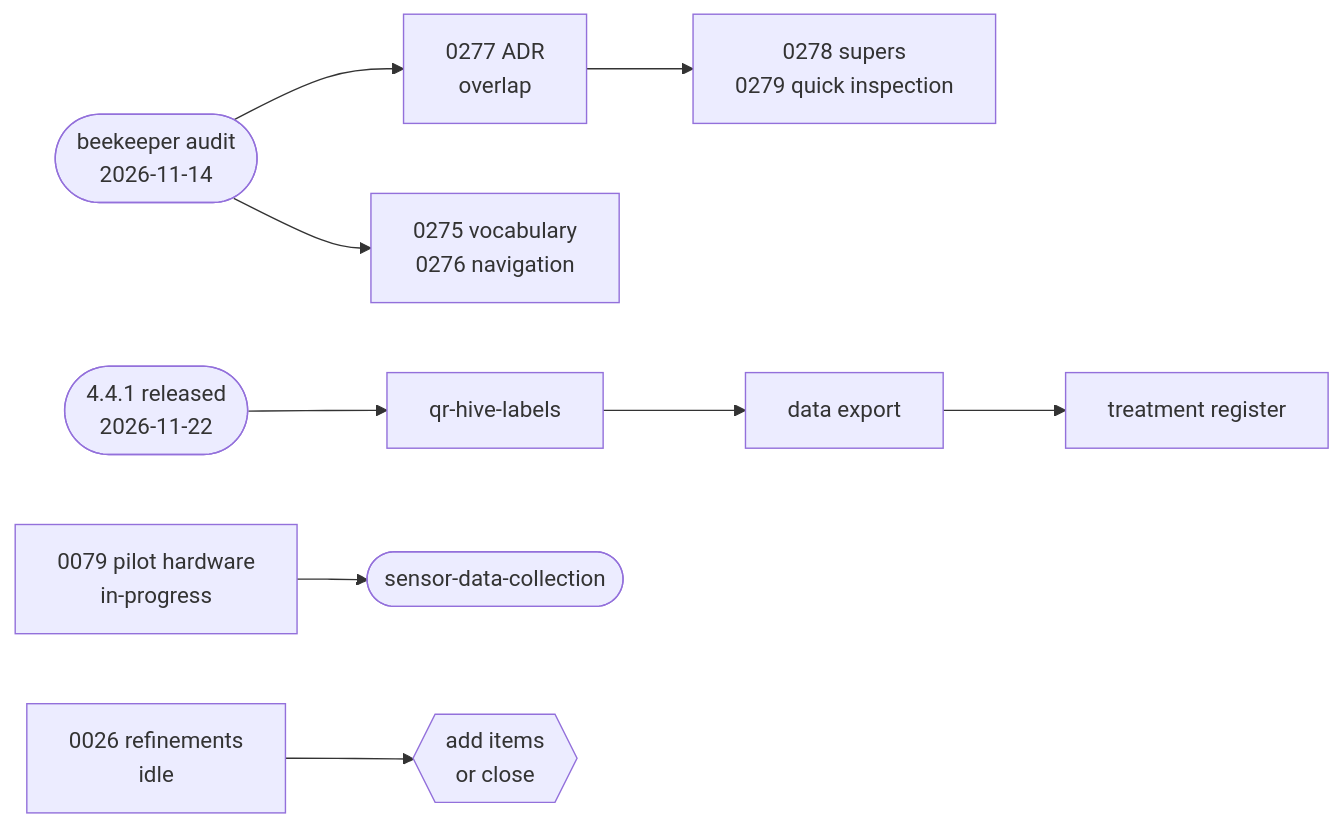
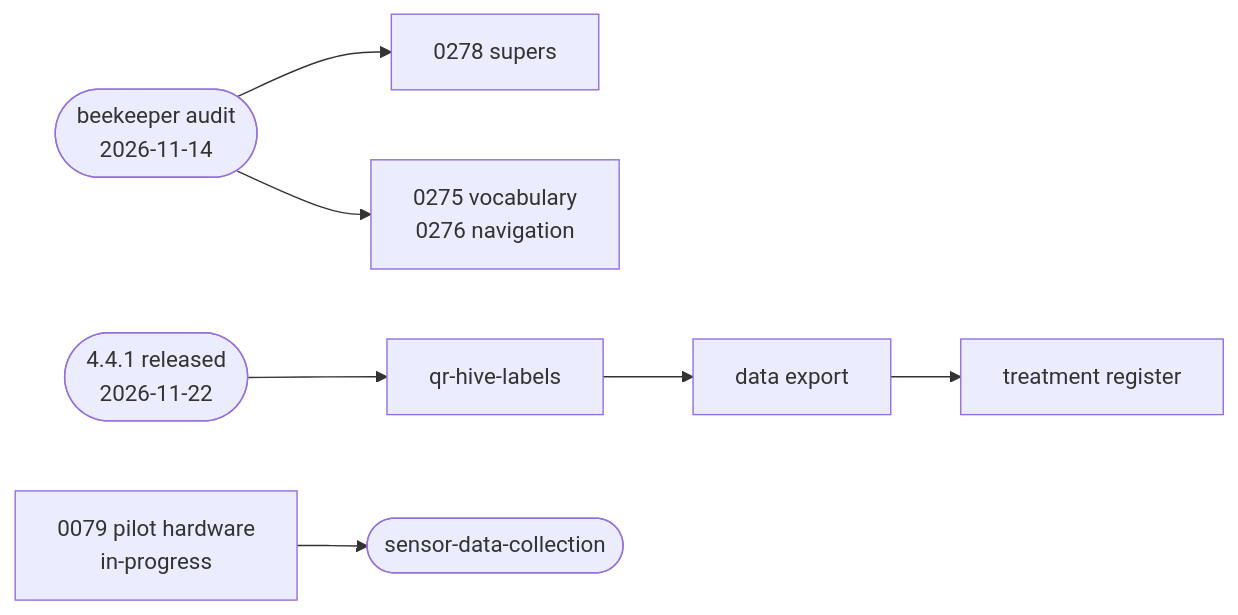
The diagram in docs/project-management/roadmap.md (deburca/hivelog), drawn with Mermaid before and after one commit. The commit also changed other lines of this file and 1 other file, not shown here.

Commit message:
docs: 0279 done, roadmap refreshed (2026-11-23) (#239)

````diff
--- a/docs/project-management/roadmap.md
+++ b/docs/project-management/roadmap.md
@@ -163,9 +159,8 @@
 ```mermaid
 flowchart LR
   Rel(["4.4.1 released<br/>2026-11-22"])
-  Audit(["beekeeper audit<br/>2026-11-14"]) --> A277["0277 ADR<br/>overlap"] --> A278["0278 supers<br/>0279 quick inspection"]
+  Audit(["beekeeper audit<br/>2026-11-14"]) --> A278["0278 supers"]
   Audit --> A275["0275 vocabulary<br/>0276 navigation"]
   Rel --> Q["qr-hive-labels"] --> E["data export"] --> T["treatment register"]
   T79["0079 pilot hardware<br/>in-progress"] --> Sensors(["sensor-data-collection"])
-  T26["0026 refinements<br/>idle"] --> Decide{{"add items<br/>or close"}}
 ```
````
